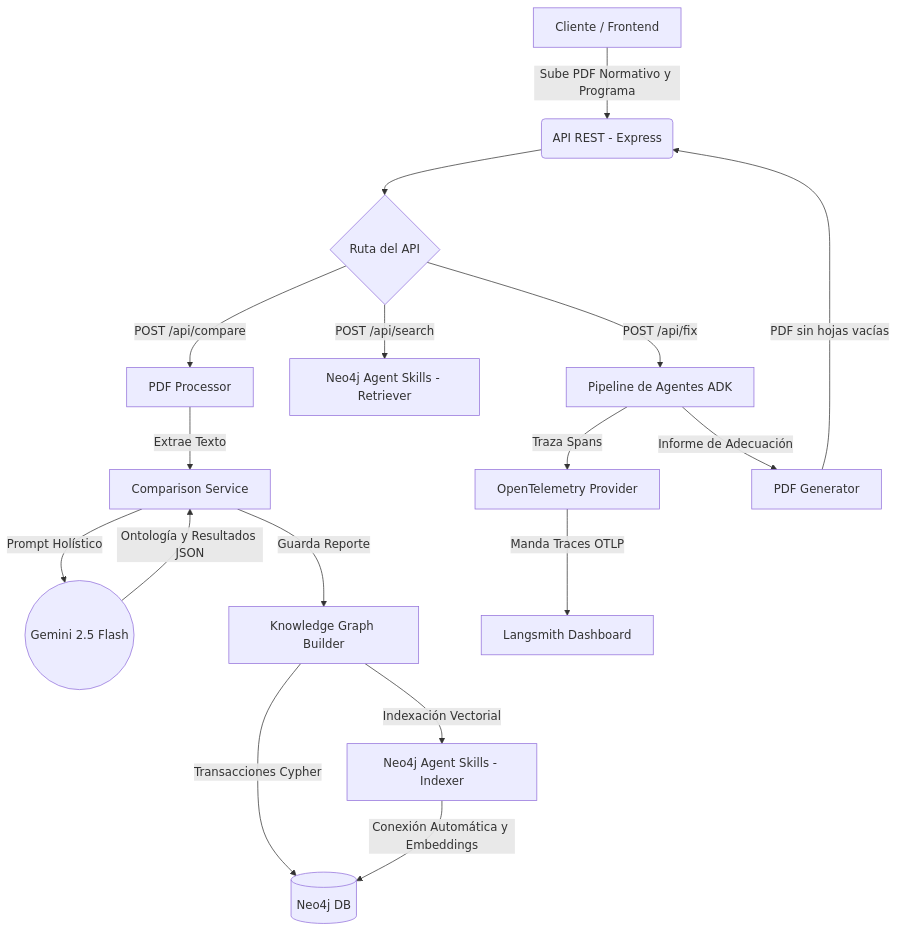
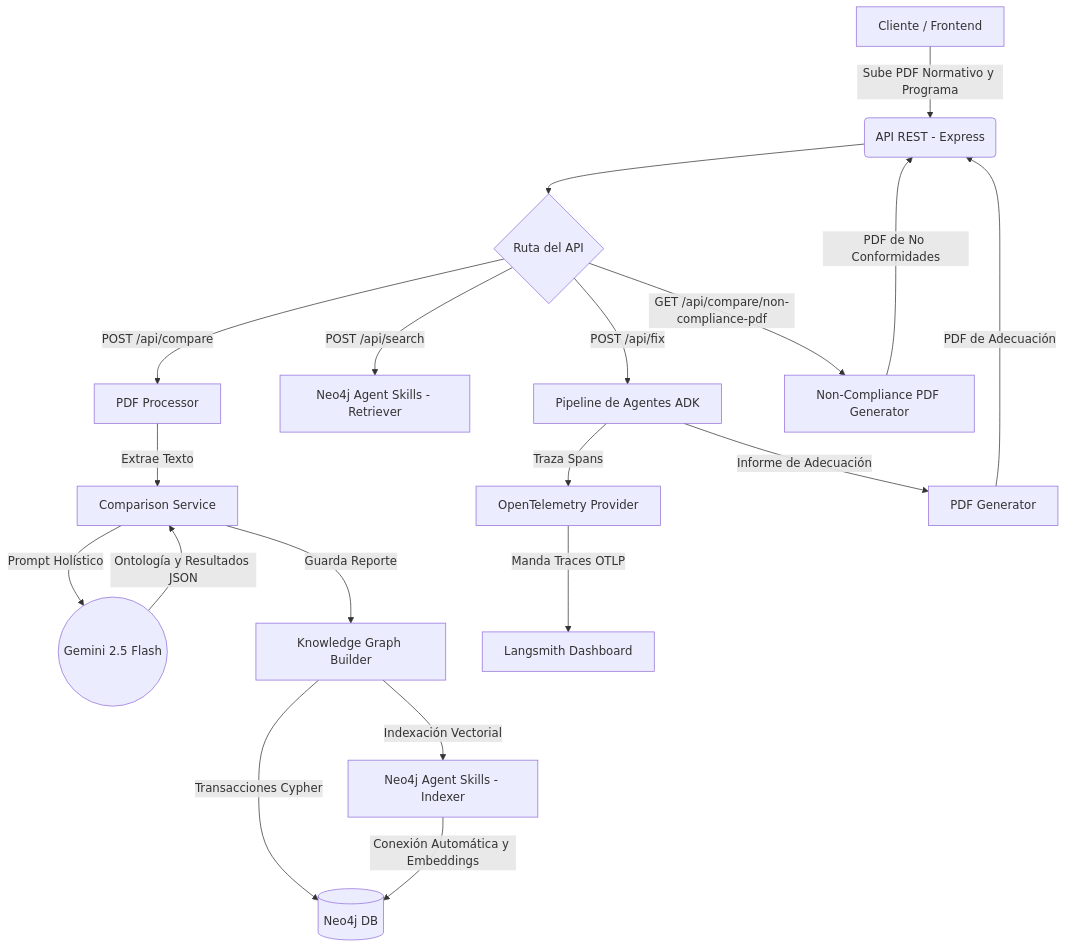
One commit to dracero/grafo-test changed the first of 5 diagrams in README.md. Above: the diagram before and after it, drawn with Mermaid. The commit also changed other lines of this file, not shown here.

Commit message:
docs: update README with ComplianceValidatorAgent and non-compliance PDF report features

````diff
--- a/README.md
+++ b/README.md
@@ -15,22 +15,24 @@
 ```mermaid
 graph TD
     A[Cliente / Frontend] -->|Sube PDF Normativo y Programa| B(API REST - Express)
     B --> C{Ruta del API}
     C -->|POST /api/compare| D[PDF Processor]
     C -->|POST /api/search| E[Neo4j Agent Skills - Retriever]
     C -->|POST /api/fix| K[Pipeline de Agentes ADK]
+    C -->|GET /api/compare/non-compliance-pdf| O[Non-Compliance PDF Generator]
     
     D -->|Extrae Texto| F[Comparison Service]
     F -->|Prompt Holístico| G((Gemini 2.5 Flash))
     G -->|Ontología y Resultados JSON| F
     
     F -->|Guarda Reporte| H[Knowledge Graph Builder]
     H -->|Transacciones Cypher| I[(Neo4j DB)]
     H -->|Indexación Vectorial| J[Neo4j Agent Skills - Indexer]
     J -->|Conexión Automática y Embeddings| I
 
     K -->|Traza Spans| L[OpenTelemetry Provider]
     L -->|Manda Traces OTLP| M[Langsmith Dashboard]
     K -->|Informe de Adecuación| N[PDF Generator]
-    N -->|PDF sin hojas vacías| B
+    N -->|PDF de Adecuación| B
+    O -->|PDF de No Conformidades| B
 ```
````
